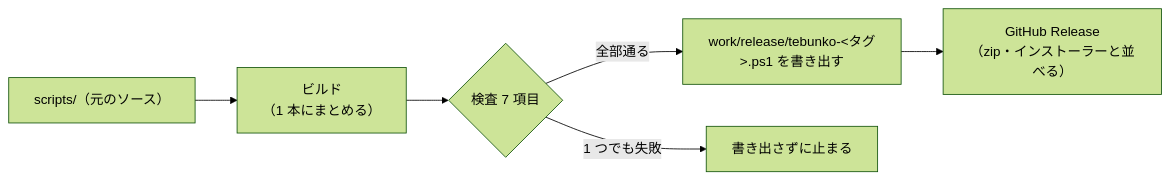
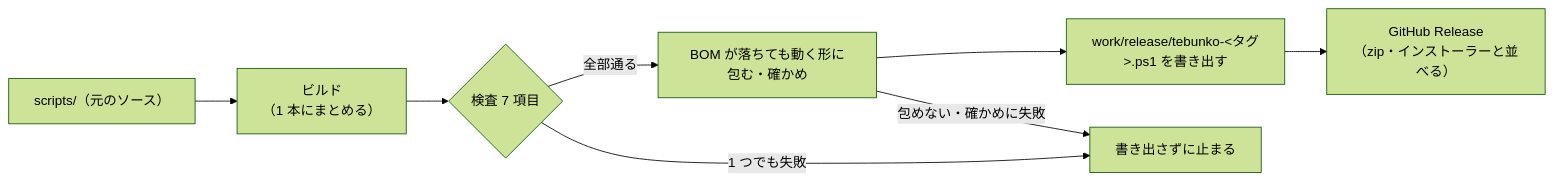
Before and after one commit to hsgwa/tebunko: the first of 2 diagrams in docs/design/structure/single-script.md, drawn with Mermaid (forest theme). The commit also changed other lines of this file and 43 other files, not shown here.

````diff
--- a/docs/design/structure/single-script.md
+++ b/docs/design/structure/single-script.md
@@ -17,8 +17,10 @@
 ```mermaid
 flowchart LR
     S["scripts/（元のソース）"] --> B["ビルド<br>（1 本にまとめる）"]
     B --> C{"検査 7 項目"}
-    C -->|全部通る| W["work/release/tebunko-#lt;タグ#gt;.ps1 を書き出す"]
+    C -->|全部通る| A["BOM が落ちても動く形に包む・確かめ"]
+    A --> W["work/release/tebunko-#lt;タグ#gt;.ps1 を書き出す"]
     C -->|1 つでも失敗| X["書き出さずに止まる"]
+    A -->|包めない・確かめに失敗| X
     W --> R["GitHub Release<br>（zip・インストーラーと並べる）"]
 ```
````
